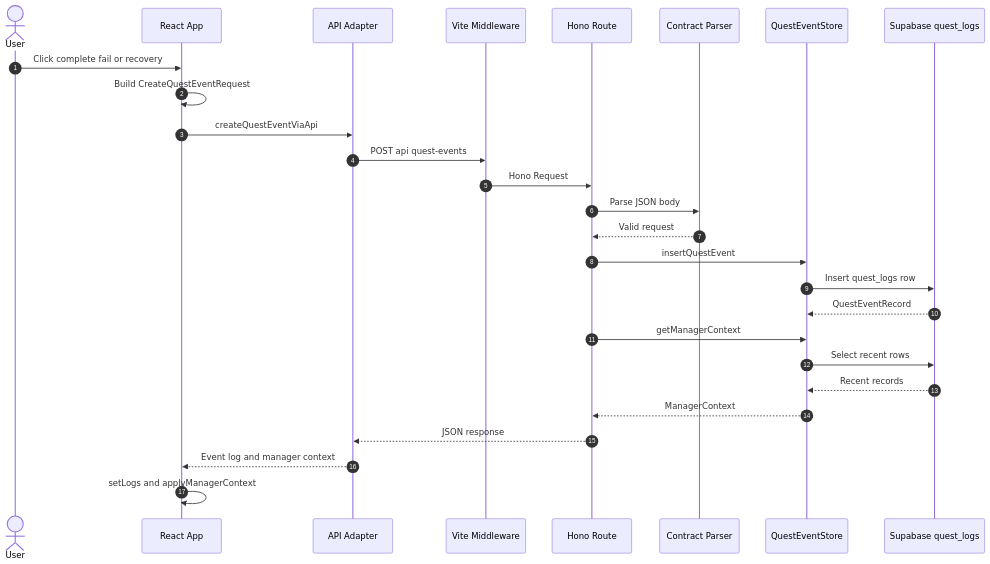
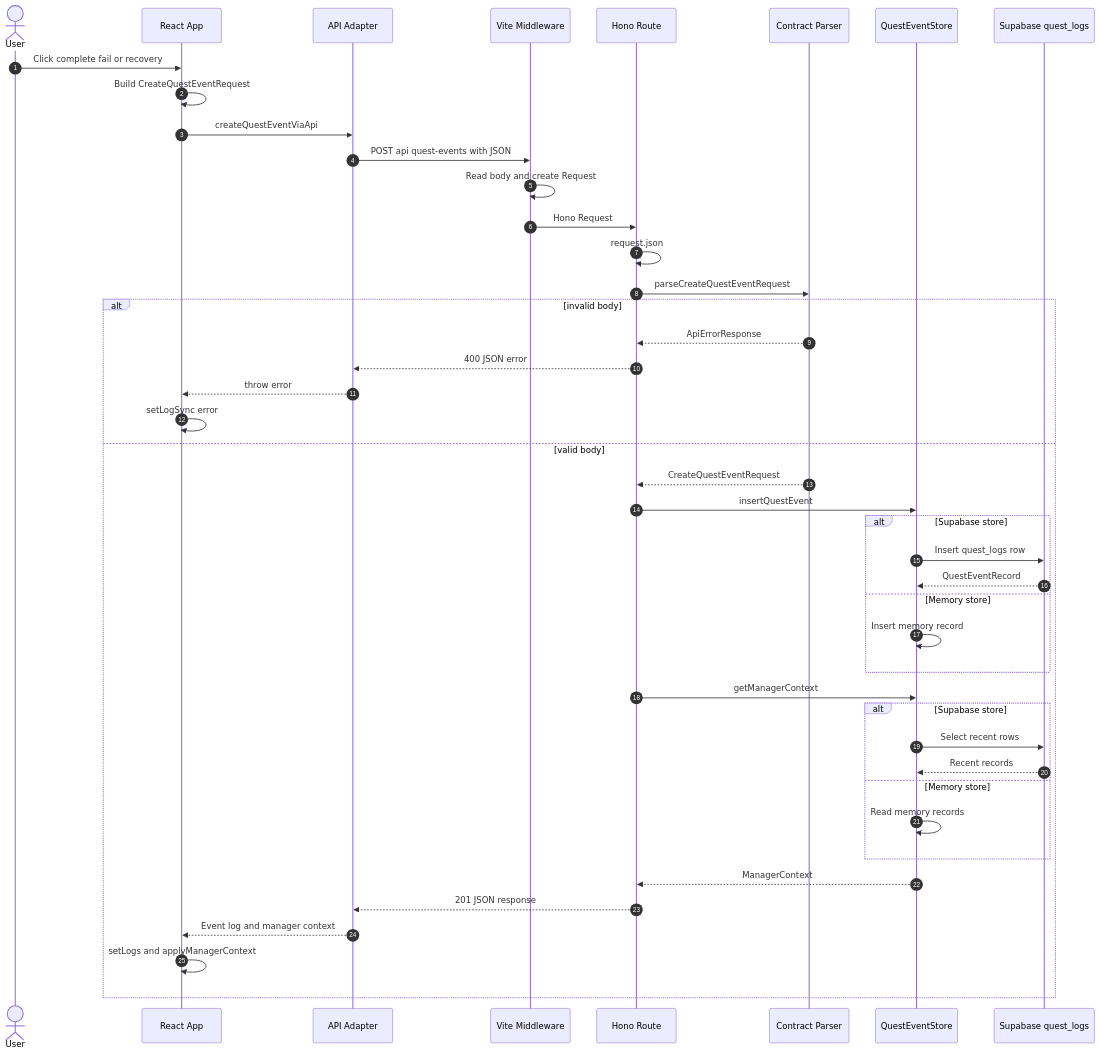
One commit to Mureung1/hub-showcase changed the second of 5 diagrams in docs/architecture-data-flow.md. Above: the diagram before and after it, drawn with Mermaid. The commit also changed other lines of this file and 36 other files, not shown here.

````diff
--- a/docs/architecture-data-flow.md
+++ b/docs/architecture-data-flow.md
@@ -76,30 +81,47 @@
 ```mermaid
 sequenceDiagram
   autonumber
   actor User
   participant App as React App
   participant Api as API Adapter
   participant Vite as Vite Middleware
   participant Route as Hono Route
   participant Contract as Contract Parser
   participant Store as QuestEventStore
   participant DB as Supabase quest_logs
 
   User->>App: Click complete fail or recovery
   App->>App: Build CreateQuestEventRequest
   App->>Api: createQuestEventViaApi
-  Api->>Vite: POST api quest-events
+  Api->>Vite: POST api quest-events with JSON
+  Vite->>Vite: Read body and create Request
   Vite->>Route: Hono Request
-  Route->>Contract: Parse JSON body
-  Contract-->>Route: Valid request
-  Route->>Store: insertQuestEvent
-  Store->>DB: Insert quest_logs row
-  DB-->>Store: QuestEventRecord
-  Route->>Store: getManagerContext
-  Store->>DB: Select recent rows
-  DB-->>Store: Recent records
-  Store-->>Route: ManagerContext
-  Route-->>Api: JSON response
-  Api-->>App: Event log and manager context
-  App->>App: setLogs and applyManagerContext
+  Route->>Route: request.json
+  Route->>Contract: parseCreateQuestEventRequest
+  alt invalid body
+    Contract-->>Route: ApiErrorResponse
+    Route-->>Api: 400 JSON error
+    Api-->>App: throw error
+    App->>App: setLogSync error
+  else valid body
+    Contract-->>Route: CreateQuestEventRequest
+    Route->>Store: insertQuestEvent
+    alt Supabase store
+      Store->>DB: Insert quest_logs row
+      DB-->>Store: QuestEventRecord
+    else Memory store
+      Store->>Store: Insert memory record
+    end
+    Route->>Store: getManagerContext
+    alt Supabase store
+      Store->>DB: Select recent rows
+      DB-->>Store: Recent records
+    else Memory store
+      Store->>Store: Read memory records
+    end
+    Store-->>Route: ManagerContext
+    Route-->>Api: 201 JSON response
+    Api-->>App: Event log and manager context
+    App->>App: setLogs and applyManagerContext
+  end
 ```
````
